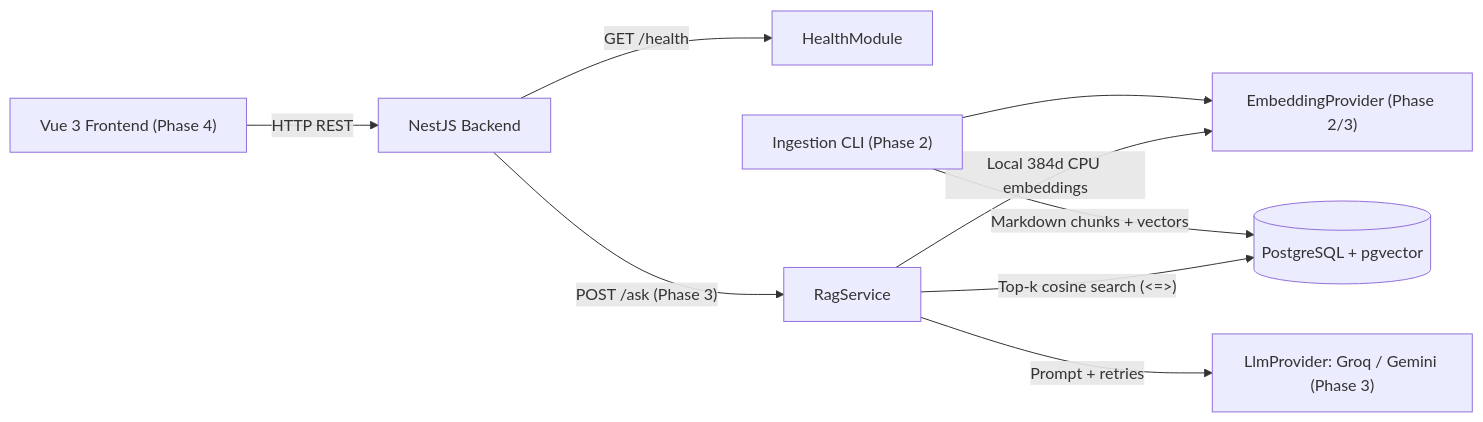
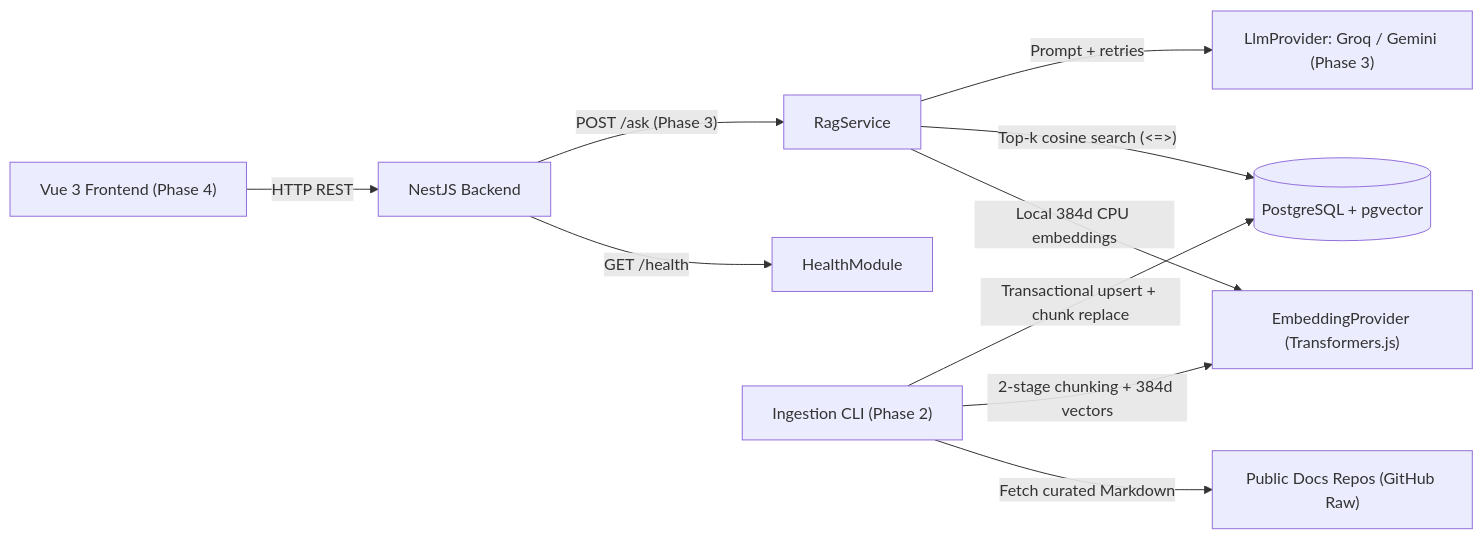
The diagram in README.md (Hatim-Merchant/engirag-engineering-assistant), drawn with Mermaid before and after one commit. The commit also changed other lines of this file and 20 other files, not shown here.

Commit message:
feat(ingestion): implement markdown chunking and local embeddings pipeline

````diff
--- a/README.md
+++ b/README.md
@@ -27,11 +32,12 @@
 ```mermaid
 flowchart LR
   Client["Vue 3 Frontend (Phase 4)"] -->|"HTTP REST"| API["NestJS Backend"]
   API -->|"GET /health"| Health["HealthModule"]
   API -->|"POST /ask (Phase 3)"| RAG["RagService"]
-  RAG -->|"Local 384d CPU embeddings"| Embeddings["EmbeddingProvider (Phase 2/3)"]
+  RAG -->|"Local 384d CPU embeddings"| Embeddings["EmbeddingProvider (Transformers.js)"]
   RAG -->|"Top-k cosine search (<=>)"| DB[("PostgreSQL + pgvector")]
   RAG -->|"Prompt + retries"| LLM["LlmProvider: Groq / Gemini (Phase 3)"]
-  CLI["Ingestion CLI (Phase 2)"] -->|"Markdown chunks + vectors"| DB
-  CLI --> Embeddings
+  CLI["Ingestion CLI (Phase 2)"] -->|"Fetch curated Markdown"| GitHub["Public Docs Repos (GitHub Raw)"]
+  CLI -->|"2-stage chunking + 384d vectors"| Embeddings
+  CLI -->|"Transactional upsert + chunk replace"| DB
 ```
````
